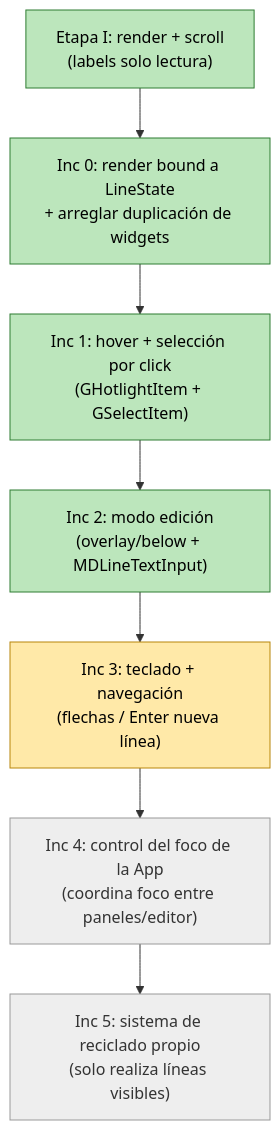
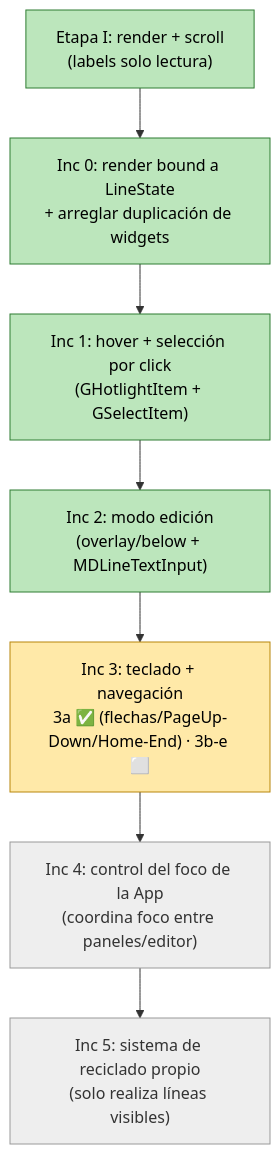
The fourth of 4 diagrams in kivy_mpbe_widgets/wg_markdown2/docs/arquitectura.md (martin-bellanca/kivy_mpe_widgets), drawn with Mermaid before and after one commit. The commit also changed other lines of this file, not shown here.

First line of the commit message:
docs(wg_markdown2): actualizar arquitectura.md (Inc 3a hecho)

````diff
--- a/kivy_mpbe_widgets/wg_markdown2/docs/arquitectura.md
+++ b/kivy_mpbe_widgets/wg_markdown2/docs/arquitectura.md
@@ -215,16 +217,16 @@
 ```mermaid
 flowchart TD
     E1["Etapa I: render + scroll<br/>(labels solo lectura)"]:::done
     I0["Inc 0: render bound a LineState<br/>+ arreglar duplicación de widgets"]:::done
     I1["Inc 1: hover + selección por click<br/>(GHotlightItem + GSelectItem)"]:::done
     I2["Inc 2: modo edición<br/>(overlay/below + MDLineTextInput)"]:::done
-    I3["Inc 3: teclado + navegación<br/>(flechas / Enter nueva línea)"]:::wip
+    I3["Inc 3: teclado + navegación<br/>3a ✅ (flechas/PageUp-Down/Home-End) · 3b-e ⬜"]:::wip
     I4["Inc 4: control del foco de la App<br/>(coordina foco entre paneles/editor)"]:::todo
     I5["Inc 5: sistema de reciclado propio<br/>(solo realiza líneas visibles)"]:::todo
 
     E1 --> I0 --> I1 --> I2 --> I3 --> I4 --> I5
 
     classDef done fill:#bce6bc,stroke:#2e7d32,color:#000;
     classDef wip fill:#ffe9a8,stroke:#b8860b,color:#000;
     classDef todo fill:#eeeeee,stroke:#999,color:#333;
 ```
````
